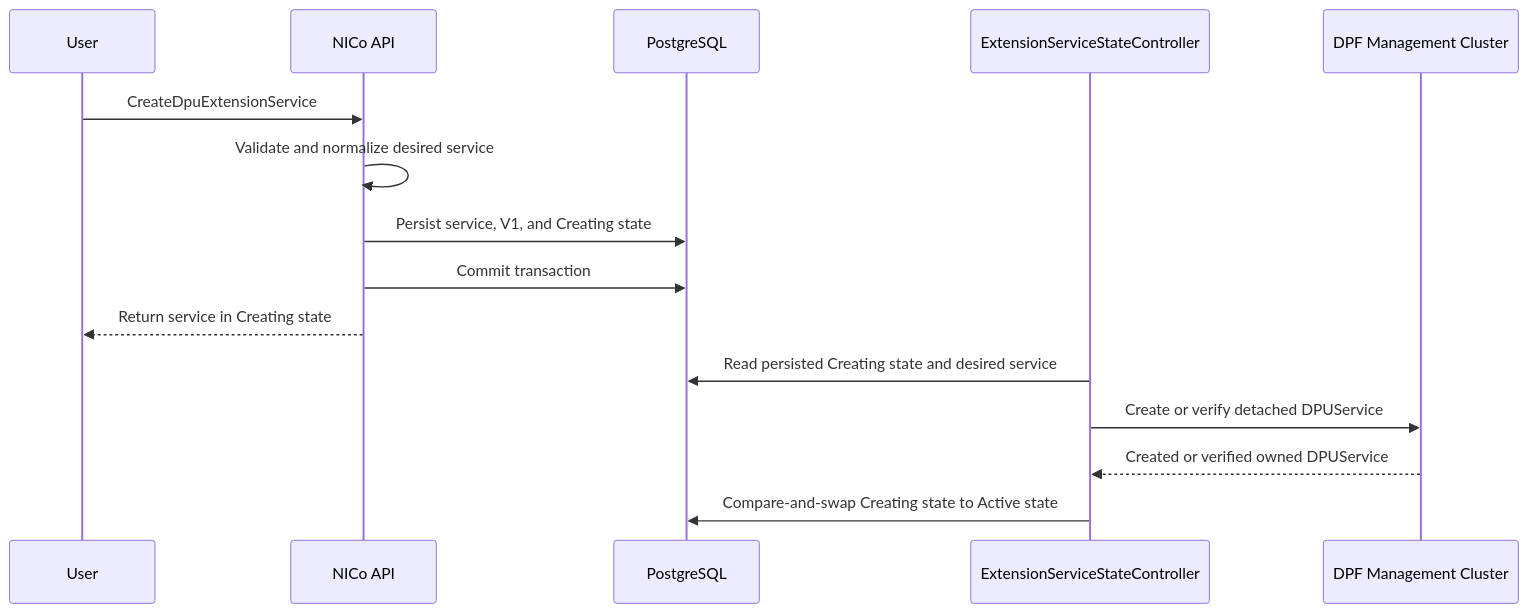
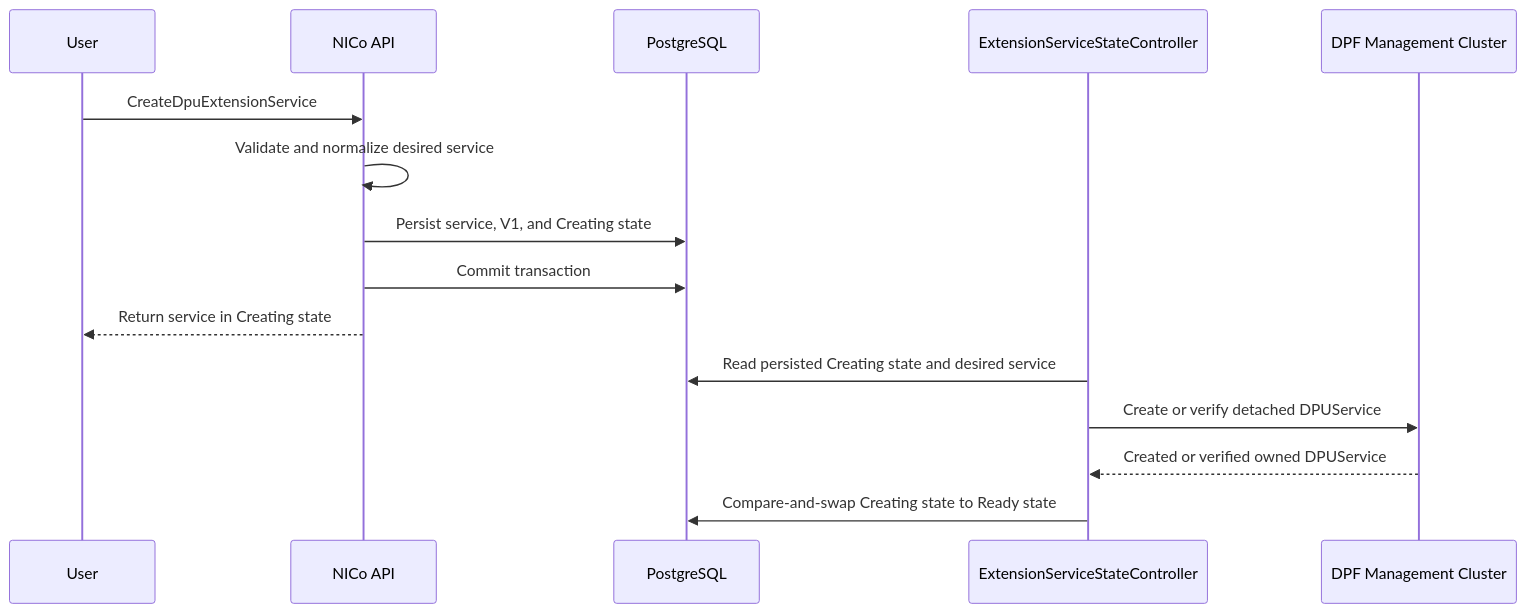
The diagram in docs/design/dpf-helm-chart-extension-services.md (NVIDIA/bare-metal-manager-core), drawn with Mermaid before and after one commit. The commit also changed other lines of this file, not shown here.

````diff
--- a/docs/design/dpf-helm-chart-extension-services.md
+++ b/docs/design/dpf-helm-chart-extension-services.md
@@ -272,18 +280,18 @@
 ```mermaid
 sequenceDiagram
     participant User
     participant API as NICo API
     participant DB as PostgreSQL
     participant Controller as ExtensionServiceStateController
     participant DPF as DPF Management Cluster
 
     User->>API: CreateDpuExtensionService
     API->>API: Validate and normalize desired service
     API->>DB: Persist service, V1, and Creating state
     API->>DB: Commit transaction
     API-->>User: Return service in Creating state
     Controller->>DB: Read persisted Creating state and desired service
     Controller->>DPF: Create or verify detached DPUService
     DPF-->>Controller: Created or verified owned DPUService
-    Controller->>DB: Compare-and-swap Creating state to Active state
+    Controller->>DB: Compare-and-swap Creating state to Ready state
 ```
````
